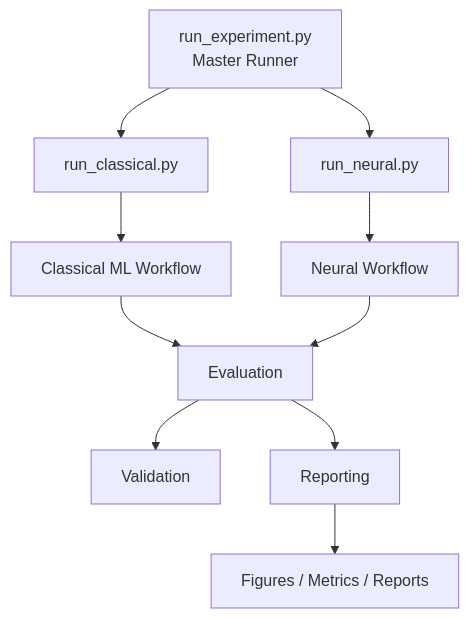
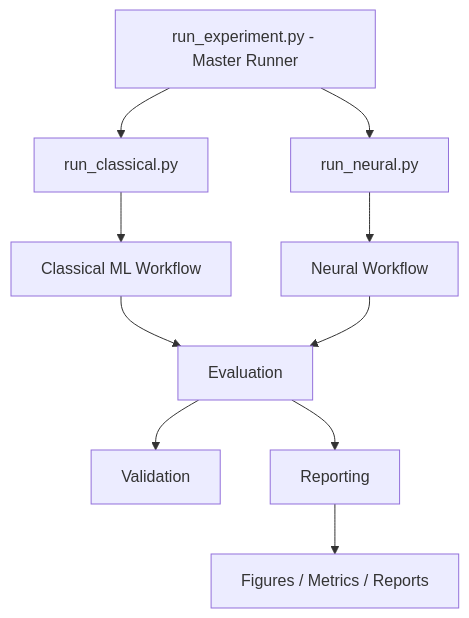
The diagram in README.md (sharadshukla/imdb-sentiment-classification), drawn with Mermaid before and after one commit. The commit also changed other lines of this file and 2 other files, not shown here.

Commit message:
Fixed the documentation descrepancies

````diff
--- a/README.md
+++ b/README.md
@@ -297,12 +299,22 @@
 ```mermaid
 flowchart TD
-    A["run_experiment.py<br/>Master Runner"] --> B["run_classical.py"]
-    A --> C["run_neural.py"]
-    B --> D["Classical ML Workflow"]
-    C --> E["Neural Workflow"]
-    D --> F["Evaluation"]
+    A["run_experiment.py - Master Runner"]
+    B["run_classical.py"]
+    C["run_neural.py"]
+    D["Classical ML Workflow"]
+    E["Neural Workflow"]
+    F["Evaluation"]
+    G["Validation"]
+    H["Reporting"]
+    I["Figures / Metrics / Reports"]
+
+    A --> B
+    A --> C
+    B --> D
+    C --> E
+    D --> F
     E --> F
-    F --> G["Validation"]
-    F --> H["Reporting"]
-    H --> I["Figures / Metrics / Reports"]
+    F --> G
+    F --> H
+    H --> I
 ```
````
